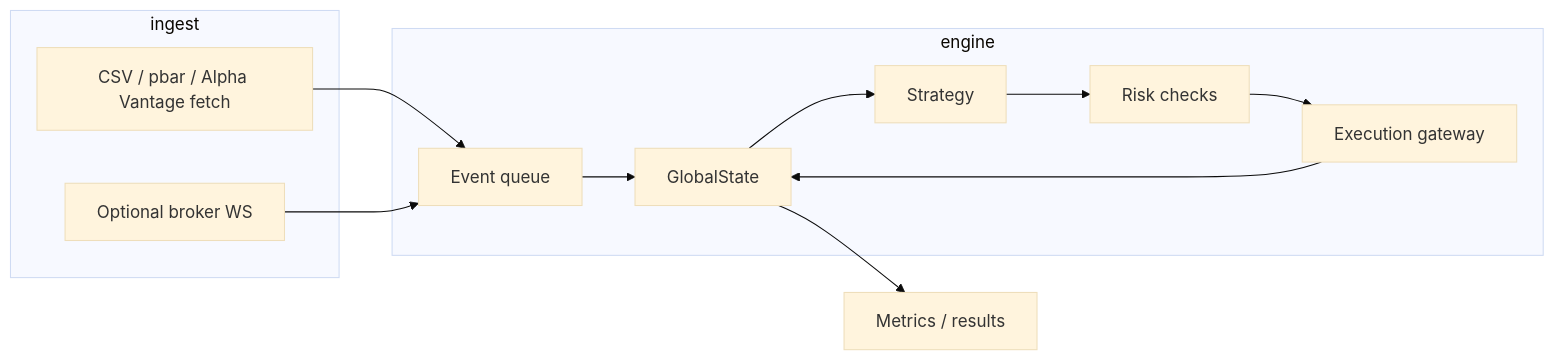
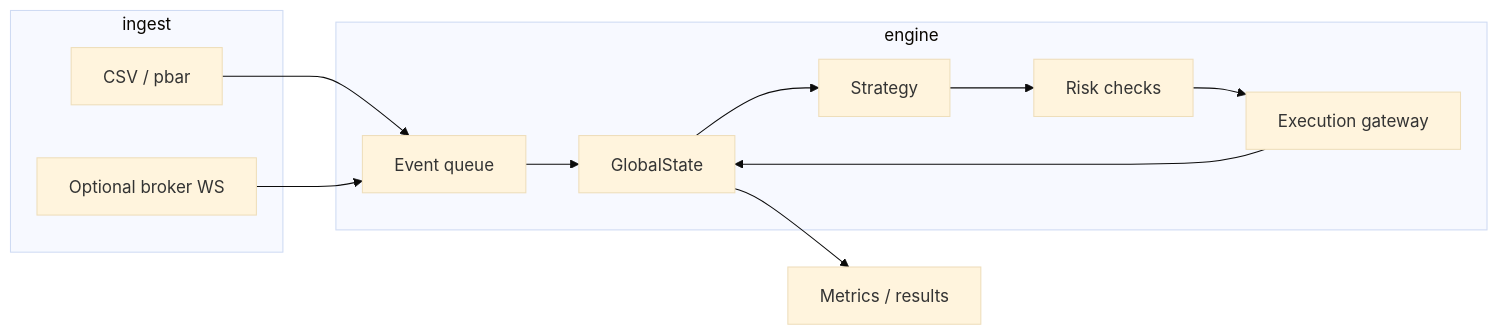
Before and after one commit to DevomB/Athenas-Pallas: the diagram in docs/ARCHITECTURE.md, drawn with Mermaid (base theme). The commit also changed other lines of this file and 23 other files, not shown here.

Commit message:
Remove Alpha Vantage integration and related fetch functionality; update documentation and examples to reflect local CSV usage for market data.

````diff
--- a/docs/ARCHITECTURE.md
+++ b/docs/ARCHITECTURE.md
@@ -5,22 +5,22 @@
 ```mermaid
 flowchart LR
   subgraph ingest
-    CSV[CSV / pbar / Alpha Vantage fetch]
+    CSV[CSV / pbar]
     WS[Optional broker WS]
   end
   subgraph engine
     EV[Event queue]
     ST[GlobalState]
     STG[Strategy]
     RK[Risk checks]
     EX[Execution gateway]
   end
   CSV --> EV
   WS --> EV
   EV --> ST
   ST --> STG
   STG --> RK
   RK --> EX
   EX --> ST
   ST --> MET[Metrics / results]
 ```
````
